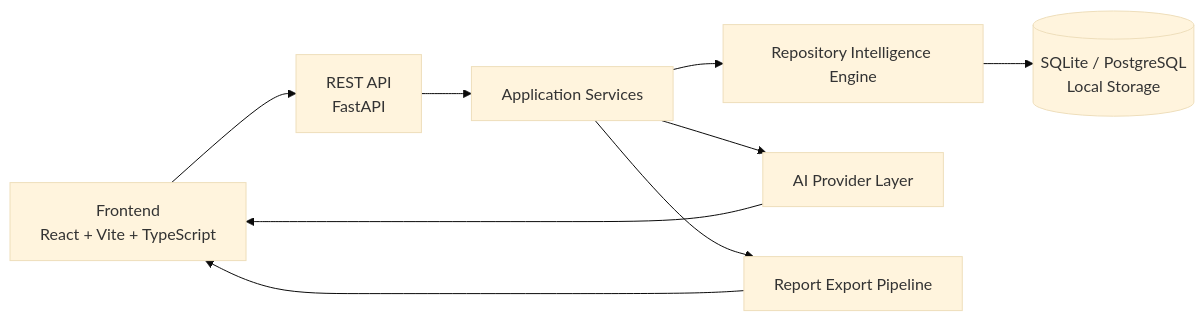
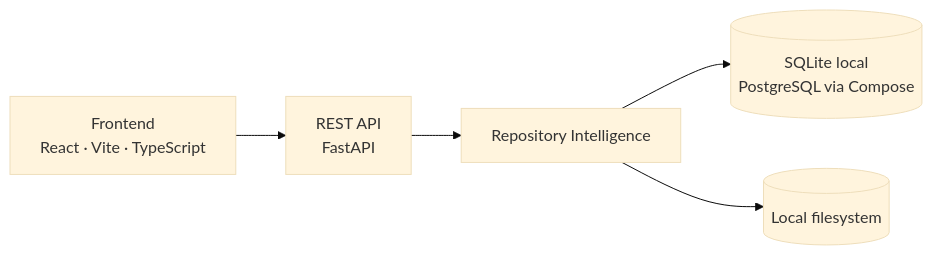
Before and after one commit to Second-Origin/PARTHA: the second of 2 diagrams in README.md, drawn with Mermaid (base theme). The commit also changed other lines of this file and 28 other files, not shown here.

````diff
--- a/README.md
+++ b/README.md
@@ -132,19 +114,12 @@
 ```mermaid
 flowchart LR
-    UI[Frontend<br/>React + Vite + TypeScript]
-    API[REST API<br/>FastAPI]
-    Services[Application Services]
-    Intelligence[Repository Intelligence Engine]
-    Storage[(SQLite / PostgreSQL<br/>Local Storage)]
-    AI[AI Provider Layer]
-    Reports[Report Export Pipeline]
+    UI["Frontend<br/>React · Vite · TypeScript"]
+    API["REST API<br/>FastAPI"]
+    RI["Repository Intelligence"]
+    DB[("SQLite local<br/>PostgreSQL via Compose")]
+    Disk[("Local filesystem")]
 
-    UI --> API
-    API --> Services
-    Services --> Intelligence
-    Services --> Reports
-    Services --> AI
-    Intelligence --> Storage
-    Reports --> UI
-    AI --> UI
+    UI --> API --> RI
+    RI --> DB
+    RI --> Disk
 ```
````
